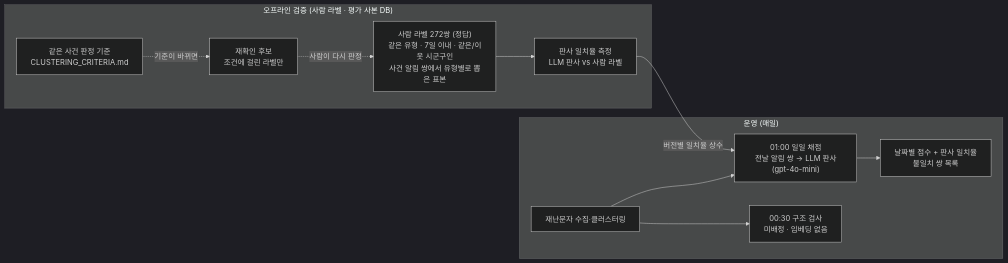
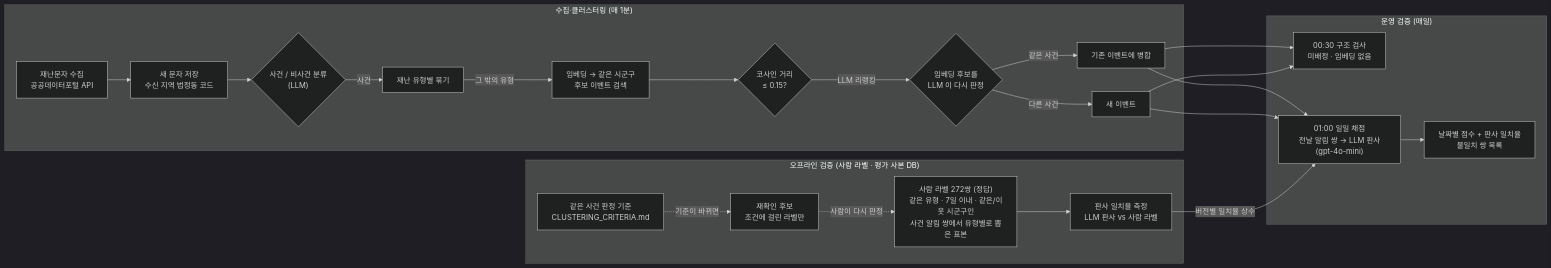
The diagram in README.md (lshlsh3690/disaster-alert-archive), drawn with Mermaid (dark theme) before and after one commit. The commit also changed other lines of this file, not shown here.

Commit message:
docs: README 의 수집·클러스터링 그림과 검증 그림을 왼쪽→오른쪽 하나로 합친다
두 그림이 따로 있어 클러스터링 결과가 검증으로 어떻게 이어지는지 보이지 않았다.
수집·클러스터링(매 1분) → 병합/새 이벤트가 운영 검증(00:30 구조 검사, 01:00 일일 채점)으로
이어지고, 오프라인 검증(기준 → 재확인 → 사람 라벨 272쌍 → 판사 일치율)의 버전별 일치율 상수가
일일 채점으로 들어가는 흐름을 flowchart LR 하나로 그렸다. 설명 두 절도 하나로 합쳤다.

````diff
--- a/README.md
+++ b/README.md
@@ -66,16 +49,29 @@
 ```mermaid
 flowchart LR
+    subgraph COL["수집·클러스터링 (매 1분)"]
+        A["재난문자 수집<br/>공공데이터포털 API"] --> B["새 문자 저장<br/>수신 지역 법정동 코드"]
+        B --> K{"사건 / 비사건 분류<br/>(LLM)"}
+        K -- "사건" --> S["재난 유형별 묶기"]
+        S -- "그 밖의 유형" --> E["임베딩 → 같은 시군구<br/>후보 이벤트 검색"]
+        E --> E1{"코사인 거리<br/>≤ 0.15?"}
+        E1 -- "LLM 리랭킹" --> RR{"임베딩 후보를<br/>LLM 이 다시 판정"}
+        RR -- "같은 사건" --> M["기존 이벤트에 병합"]
+        RR -- "다른 사건" --> N["새 이벤트"]
+    end
+
+    subgraph PROD["운영 검증 (매일)"]
+        KC["00:30 구조 검사<br/>미배정 · 임베딩 없음"]
+        D["01:00 일일 채점<br/>전날 알림 쌍 → LLM 판사(gpt-4o-mini)"] --> O["날짜별 점수 + 판사 일치율<br/>불일치 쌍 목록"]
+    end
+
     subgraph OFF["오프라인 검증 (사람 라벨 · 평가 사본 DB)"]
-        L["사람 라벨 272쌍 (정답)<br/>같은 유형 · 7일 이내 · 같은/이웃 시군구인<br/>사건 알림 쌍에서 유형별로 뽑은 표본"]
-        C["같은 사건 판정 기준<br/>CLUSTERING_CRITERIA.md"] -. "기준이 바뀌면" .-> R["재확인 후보<br/>조건에 걸린 라벨만"] -. "사람이 다시 판정" .-> L
+        C["같은 사건 판정 기준<br/>CLUSTERING_CRITERIA.md"] -. "기준이 바뀌면" .-> RC["재확인 후보<br/>조건에 걸린 라벨만"] -. "사람이 다시 판정" .-> L["사람 라벨 272쌍 (정답)<br/>같은 유형 · 7일 이내 · 같은/이웃 시군구인<br/>사건 알림 쌍에서 유형별로 뽑은 표본"]
         L --> J["판사 일치율 측정<br/>LLM 판사 vs 사람 라벨"]
     end
 
+    M --> KC
+    N --> KC
+    M --> D
+    N --> D
     J -- "버전별 일치율 상수" --> D
-
-    subgraph PROD["운영 (매일)"]
-        S["재난문자 수집·클러스터링"] --> K["00:30 구조 검사<br/>미배정 · 임베딩 없음"]
-        S --> D["01:00 일일 채점<br/>전날 알림 쌍 → LLM 판사(gpt-4o-mini)"]
-        D --> O["날짜별 점수 + 판사 일치율<br/>불일치 쌍 목록"]
-    end
 ```
````
